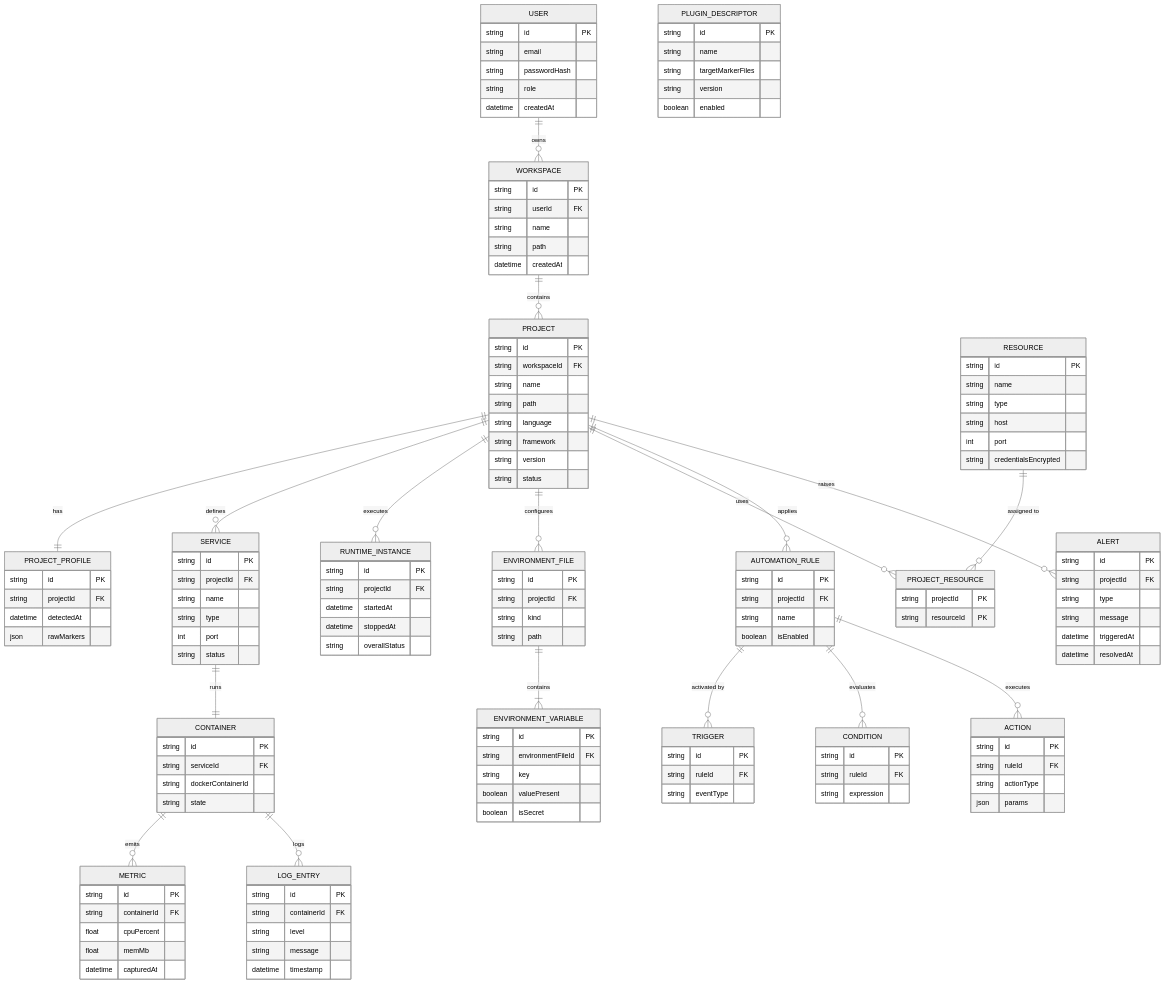
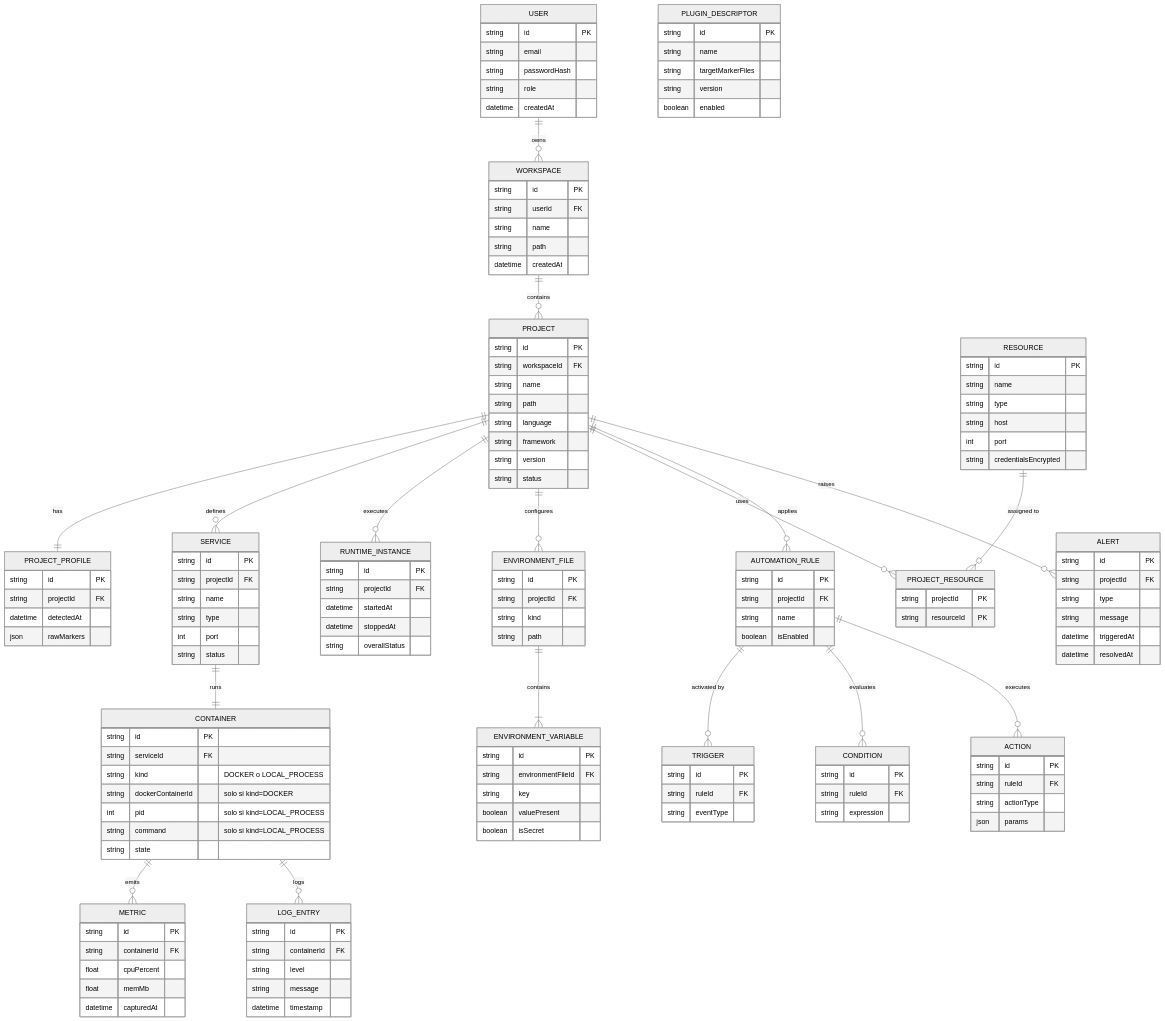
One commit to FernanDeHoyos/devvault changed the diagram in docs/DevVault-Analisis-Diseno.md. Above: the diagram before and after it, drawn with Mermaid (neutral theme). The commit also changed other lines of this file and 29 other files, not shown here.

```diff
--- a/docs/DevVault-Analisis-Diseno.md
+++ b/docs/DevVault-Analisis-Diseno.md
@@ -160,7 +296,10 @@
     CONTAINER {
         string id PK
         string serviceId FK
-        string dockerContainerId
+        string kind "DOCKER o LOCAL_PROCESS"
+        string dockerContainerId "solo si kind=DOCKER"
+        int pid "solo si kind=LOCAL_PROCESS"
+        string command "solo si kind=LOCAL_PROCESS"
         string state
     }
     RUNTIME_INSTANCE {
```
